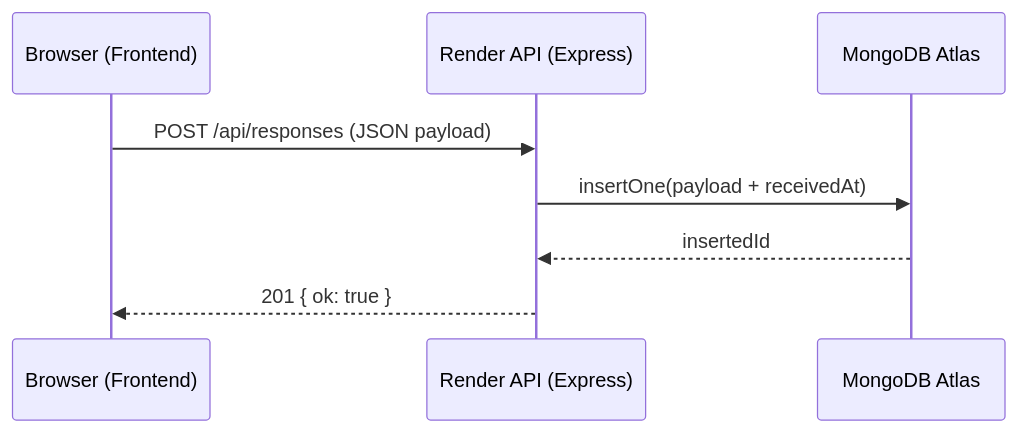
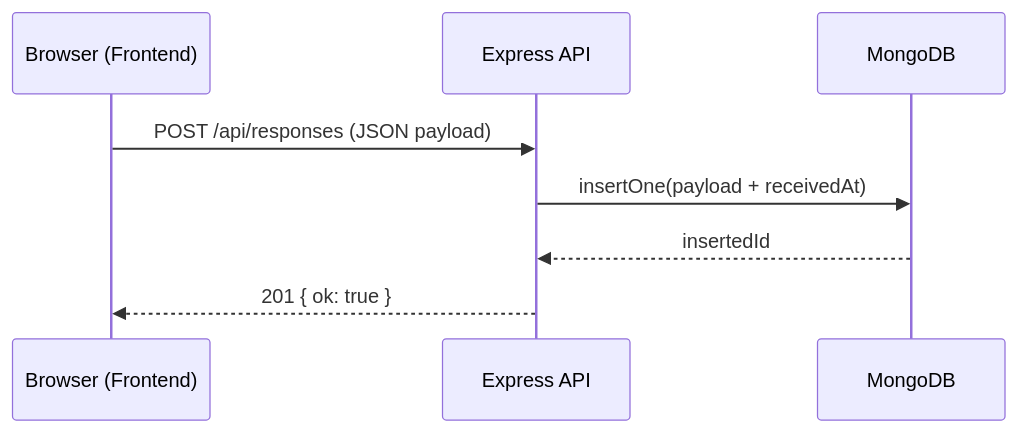
The third of 4 diagrams in docs/PROJECT_DOCUMENTATION.md (Juan45-dev/PolWD-survey), drawn with Mermaid before and after one commit. The commit also changed other lines of this file and 3 other files, not shown here.

````diff
--- a/docs/PROJECT_DOCUMENTATION.md
+++ b/docs/PROJECT_DOCUMENTATION.md
@@ -417,11 +417,11 @@
 ```mermaid
 sequenceDiagram
   participant FE as Browser (Frontend)
-  participant API as Render API (Express)
-  participant DB as MongoDB Atlas
+  participant API as Express API
+  participant DB as MongoDB
 
   FE->>API: POST /api/responses (JSON payload)
   API->>DB: insertOne(payload + receivedAt)
   DB-->>API: insertedId
   API-->>FE: 201 { ok: true }
 ```
````
